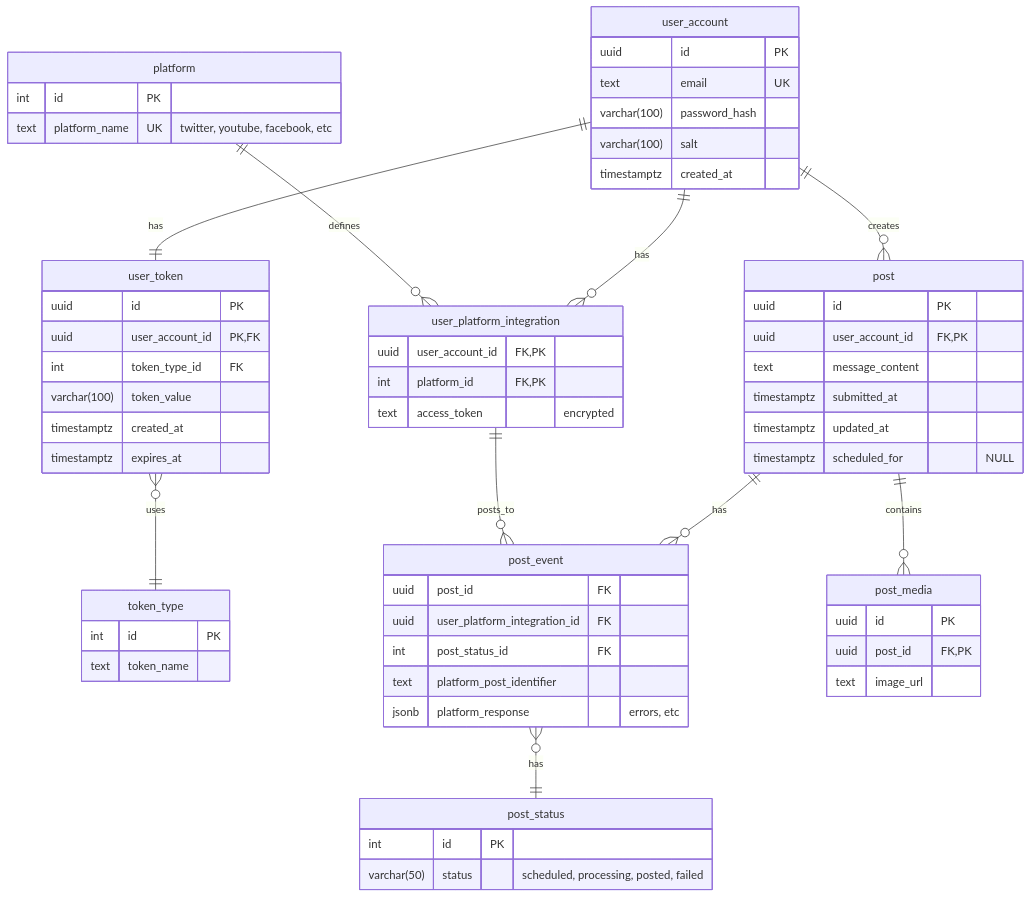
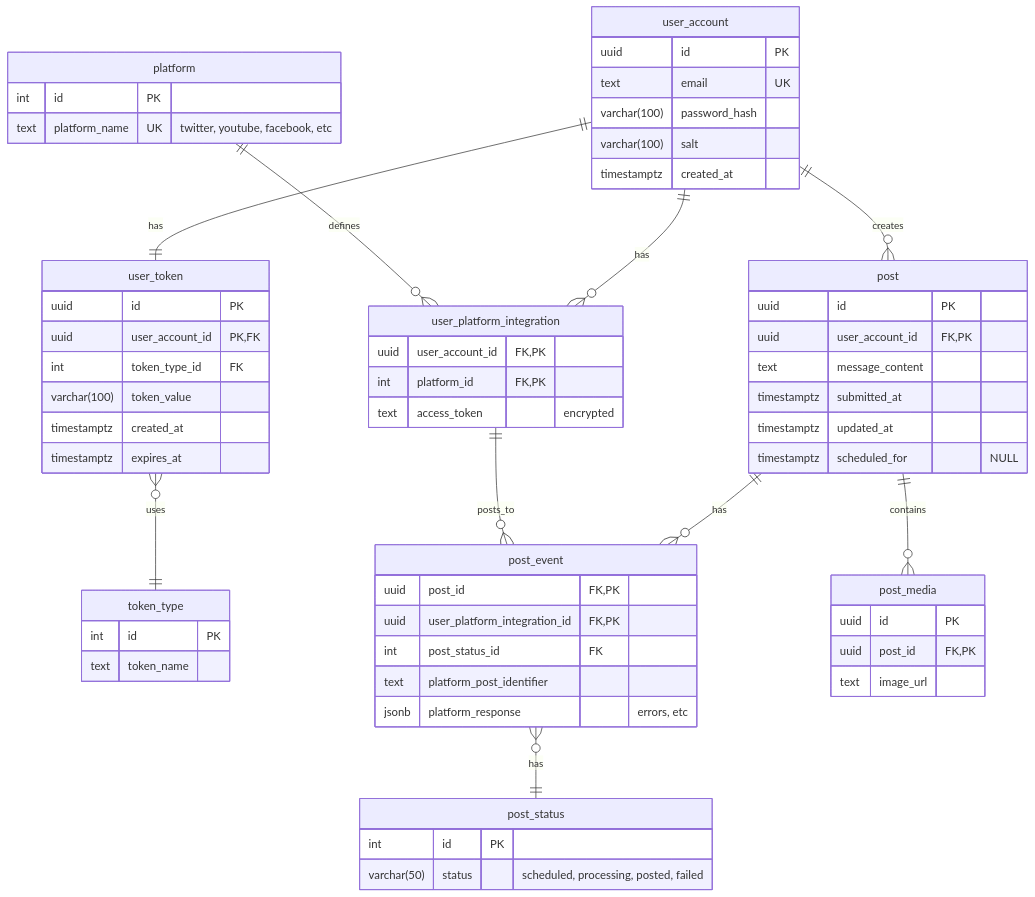
Before and after one commit to JKMN-Projects/ripple_sync_backend: the diagram in documentation/diagrams/er_diagram.md, drawn with Mermaid.

````diff
--- a/documentation/diagrams/er_diagram.md
+++ b/documentation/diagrams/er_diagram.md
@@ -3,74 +3,74 @@
 ``` mermaid
 
     erDiagram
     user_account ||--o{ user_platform_integration : "has"
     user_account ||--o{ post : "creates"
     user_account ||--|| user_token : "has"
     user_token }o--|| token_type : "uses"
     post ||--o{ post_event : "has"
     post_event }o--|| post_status : "has"
     post ||--o{ post_media : "contains"
     platform ||--o{ user_platform_integration : "defines"
     user_platform_integration ||--o{ post_event : "posts_to"
 
     user_account {
         uuid id PK
         text email UK
         varchar(100) password_hash
         varchar(100) salt
         timestamptz created_at 
     }
 
     user_token {
         uuid id PK
         uuid user_account_id PK, FK
         int token_type_id FK
         varchar(100) token_value
         timestamptz created_at
         timestamptz expires_at
     }
 
     token_type {
         int id PK
         text token_name
     }
 
     platform {
         int id PK
         text platform_name UK "twitter, youtube, facebook, etc"
     }
 
     user_platform_integration {
         uuid user_account_id FK, PK
         int platform_id FK, PK
         text access_token "encrypted"
     }
 
     post {
         uuid id PK
         uuid user_account_id FK, PK
         text message_content
         timestamptz submitted_at
         timestamptz updated_at
         timestamptz scheduled_for "NULL"
     }
 
     post_media {
         uuid id PK
         uuid post_id FK, PK
         text image_url 
     }
 
     post_event {
-        uuid post_id FK
-        uuid user_platform_integration_id FK
+        uuid post_id FK, PK
+        uuid user_platform_integration_id FK, PK
         int post_status_id FK
         text platform_post_identifier 
         jsonb platform_response "errors, etc"
     }
 
     post_status {
         int id PK
         varchar(50) status "scheduled, processing, posted, failed"
     }
 ```
````
